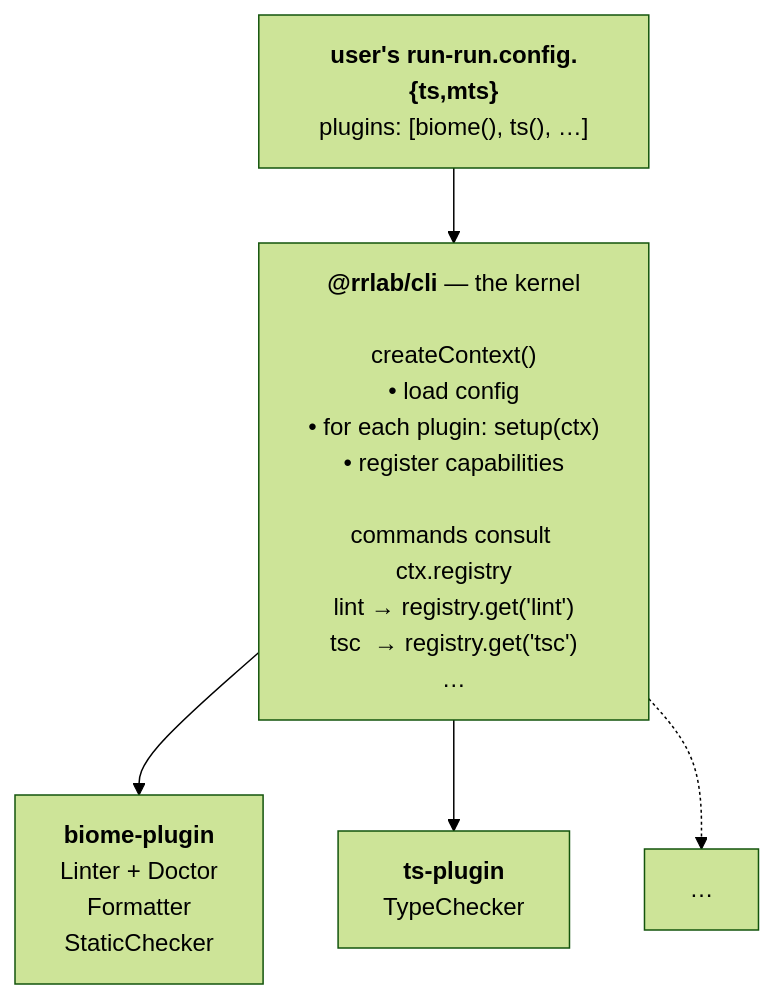
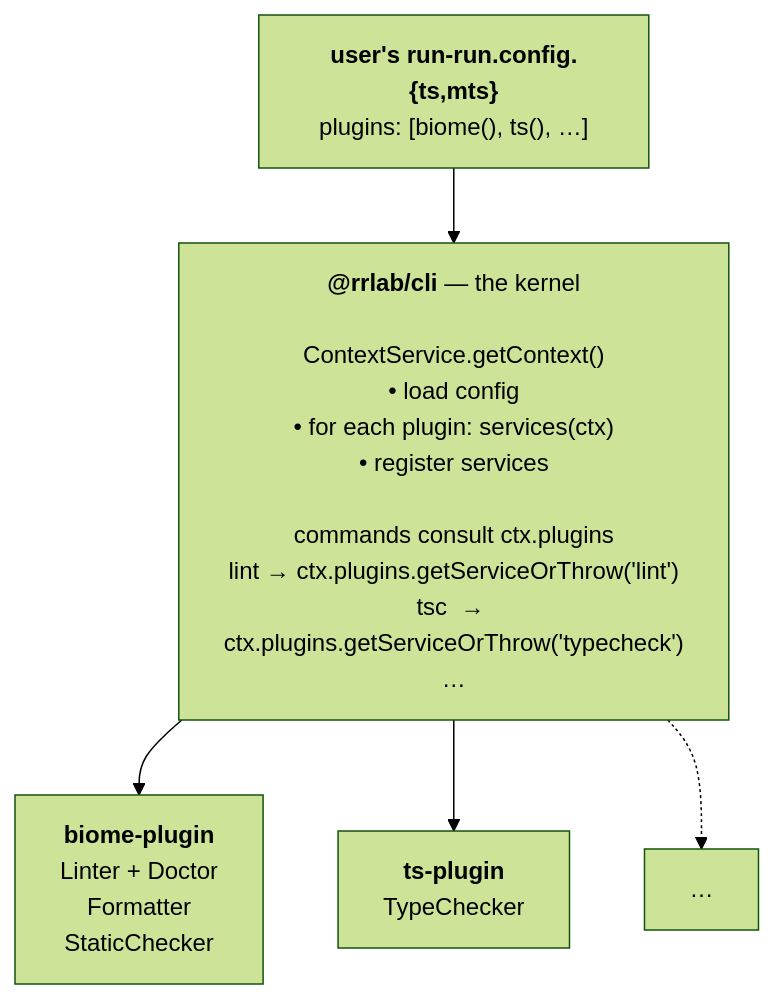
The diagram in run-run/CLAUDE.md (variableland/dx), drawn with Mermaid (forest theme) before and after one commit. The commit also changed other lines of this file and 118 other files, not shown here.

Commit message:
refactor(rr): decouple CLI into actions, services, and a plugin facade (#235)

````diff
--- a/run-run/CLAUDE.md
+++ b/run-run/CLAUDE.md
@@ -56,13 +56,13 @@
 ```mermaid
 flowchart TD
     Config["<b>user's run-run.config.{ts,mts}</b><br/>plugins: [biome(), ts(), …]"]
-    Kernel["<b>@rrlab/cli</b> — the kernel<br/><br/>createContext()<br/>• load config<br/>• for each plugin: setup(ctx)<br/>• register capabilities<br/><br/>commands consult ctx.registry<br/>lint → registry.get('lint')<br/>tsc  → registry.get('tsc')<br/>…"]
+    Kernel["<b>@rrlab/cli</b> — the kernel<br/><br/>ContextService.getContext()<br/>• load config<br/>• for each plugin: services(ctx)<br/>• register services<br/><br/>commands consult ctx.plugins<br/>lint → ctx.plugins.getServiceOrThrow('lint')<br/>tsc  → ctx.plugins.getServiceOrThrow('typecheck')<br/>…"]
     Biome["<b>biome-plugin</b><br/>Linter + Doctor<br/>Formatter<br/>StaticChecker"]
     TS["<b>ts-plugin</b><br/>TypeChecker"]
     More["…"]
 
     Config --> Kernel
     Kernel --> Biome
     Kernel --> TS
     Kernel -.-> More
 ```
````
